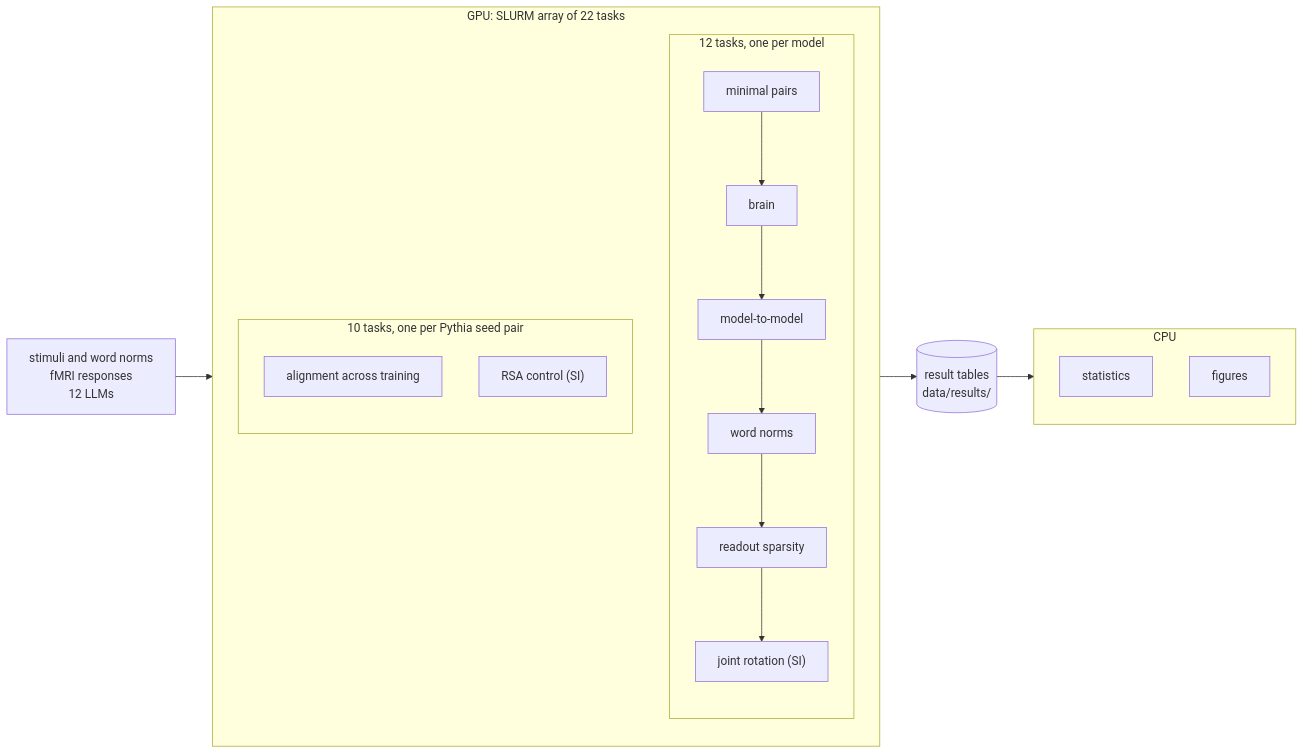
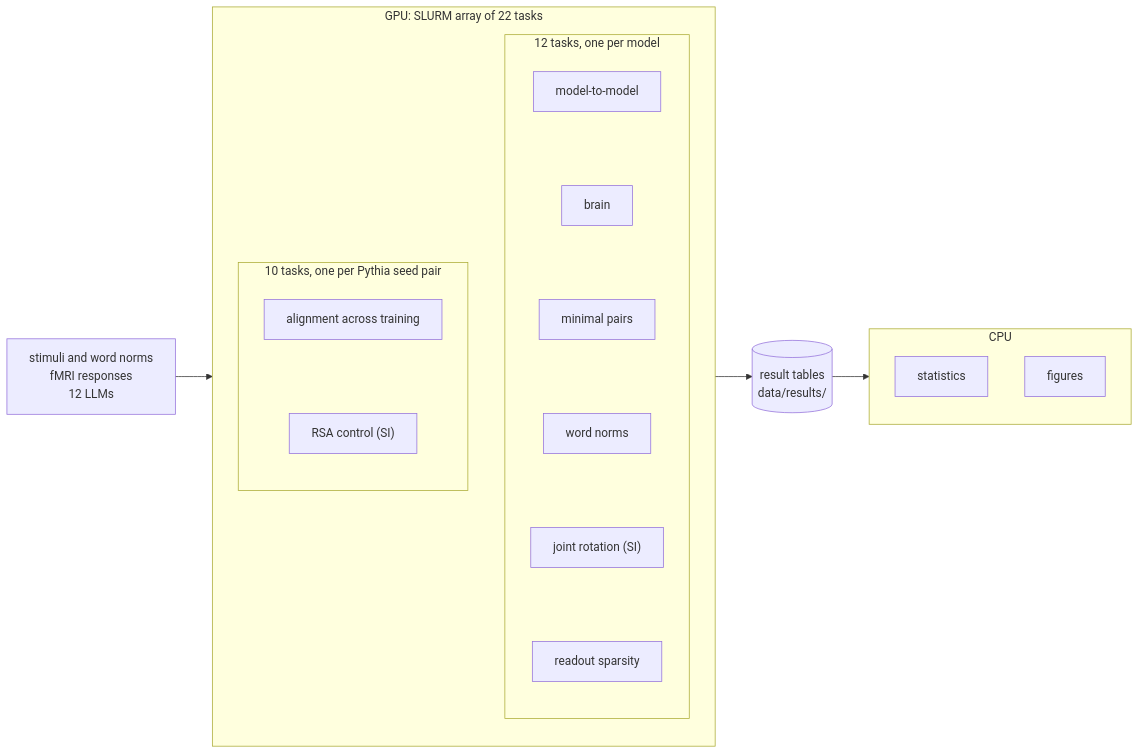
Before and after one commit to Andrea-de-Varda/partially-canonical-axes: the diagram in README.md, drawn with Mermaid.

Commit message:
README: diagram and script table in the paper's order

````diff
--- a/README.md
+++ b/README.md
@@ -32,23 +32,22 @@
 ```mermaid
 flowchart LR
     IN["stimuli and word norms<br/>fMRI responses<br/>12 LLMs"]
     subgraph GPU["GPU: SLURM array of 22 tasks"]
         direction TB
         subgraph PM["12 tasks, one per model"]
             direction TB
-            L["minimal pairs"] --> P["brain"] --> MM["model-to-model"] --> SE["word norms"] --> SP["readout sparsity"] --> J["joint rotation (SI)"]
+            MM["model-to-model"] ~~~ P["brain"] ~~~ L["minimal pairs"] ~~~ SE["word norms"] ~~~ J["joint rotation (SI)"] ~~~ SP["readout sparsity"]
         end
         subgraph CK["10 tasks, one per Pythia seed pair"]
             direction TB
-            T["alignment across training"]
-            RSA["RSA control (SI)"]
+            T["alignment across training"] ~~~ RSA["RSA control (SI)"]
         end
     end
     R[("result tables<br/>data/results/")]
     subgraph CPU["CPU"]
         direction TB
         ST["statistics"]
         FG["figures"]
     end
     IN --> GPU --> R --> CPU
 ```
````
